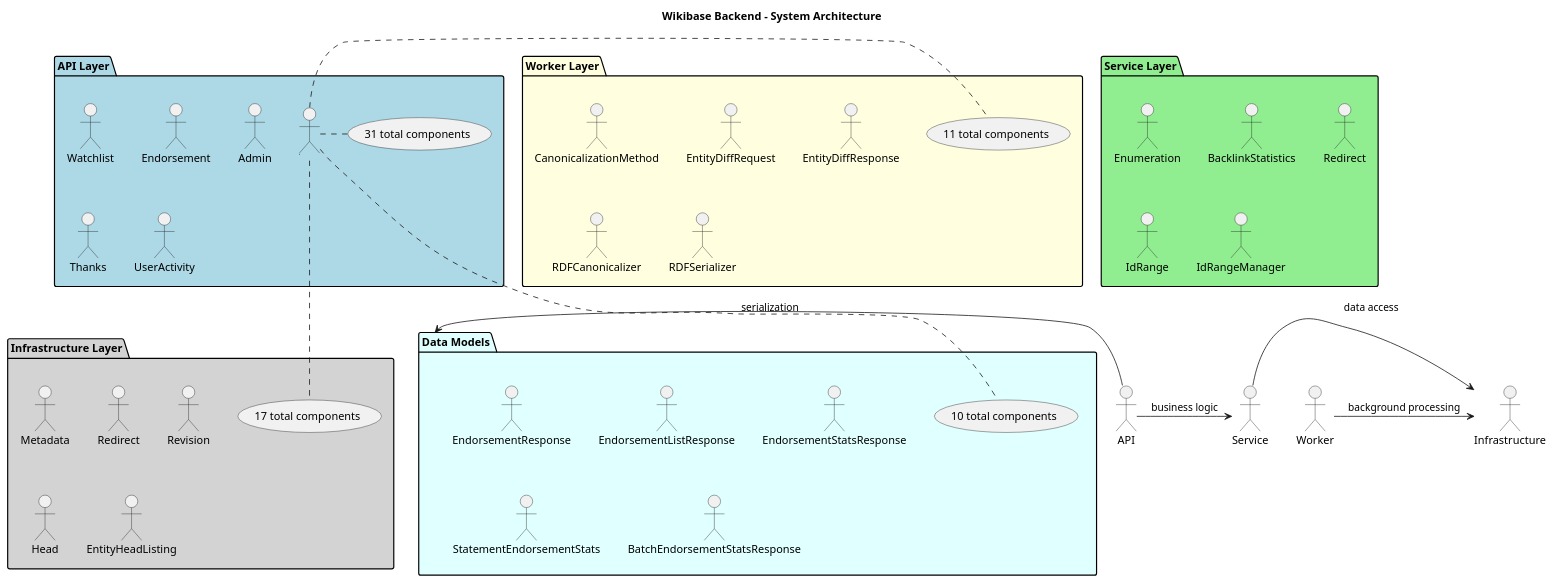
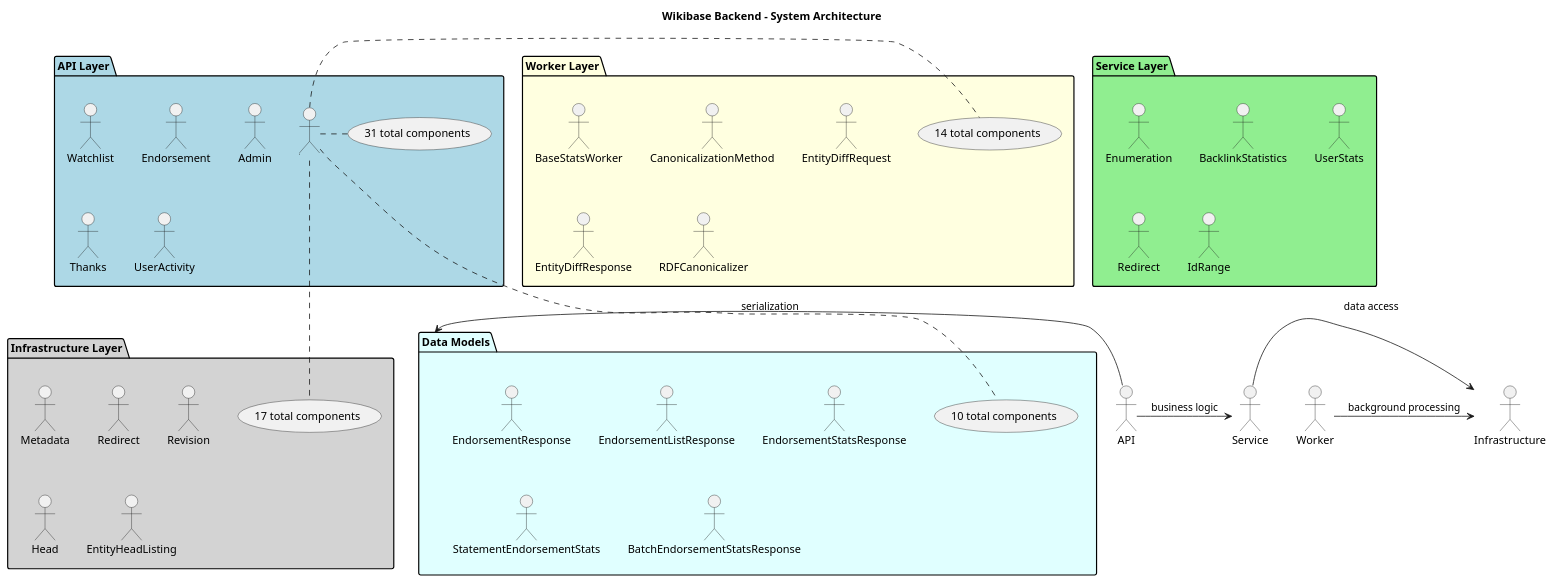
The diagram in doc/DIAGRAMS/system_architecture.puml (dpriskorn/entitybase-backend), drawn with PlantUML before and after one commit. The commit also changed 22 other files, not shown here.

```diff
--- a/doc/DIAGRAMS/system_architecture.puml
+++ b/doc/DIAGRAMS/system_architecture.puml
@@ -1,56 +1,56 @@
 @startuml System Architecture
 
 title Wikibase Backend - System Architecture
 
 package "API Layer" as APILayer #LightBlue {
     "Watchlist" as WatchlistHandler
     "Endorsement" as EndorsementHandler
     "Admin" as AdminHandler
     "Thanks" as ThanksHandler
     "UserActivity" as UserActivityHandler
     ... (31 total components)
 }
 
 package "Service Layer" as ServiceLayer #LightGreen {
     "Enumeration" as EnumerationService
     "BacklinkStatistics" as BacklinkStatisticsService
+    "UserStats" as UserStatsService
     "Redirect" as RedirectService
     "IdRange" as IdRange
-    "IdRangeManager" as IdRangeManager
 }
 
 package "Worker Layer" as WorkerLayer #LightYellow {
+    "BaseStatsWorker" as BaseStatsWorker
     "CanonicalizationMethod" as CanonicalizationMethod
     "EntityDiffRequest" as EntityDiffRequest
     "EntityDiffResponse" as EntityDiffResponse
     "RDFCanonicalizer" as RDFCanonicalizer
-    "RDFSerializer" as RDFSerializer
-    ... (11 total components)
+    ... (14 total components)
 }
 
 package "Infrastructure Layer" as InfrastructureLayer #LightGray {
     "Metadata" as MetadataRepository
     "Redirect" as RedirectRepository
     "Revision" as RevisionRepository
     "Head" as HeadRepository
     "EntityHeadListing" as EntityHeadListing
     ... (17 total components)
 }
 
 package "Data Models" as DataModels #LightCyan {
     "EndorsementResponse" as EndorsementResponse
     "EndorsementListResponse" as EndorsementListResponse
     "EndorsementStatsResponse" as EndorsementStatsResponse
     "StatementEndorsementStats" as StatementEndorsementStats
     "BatchEndorsementStatsResponse" as BatchEndorsementStatsResponse
     ... (10 total components)
 }
 
 
 ' Relationships
 API -> Service : business logic
 Service -> Infrastructure : data access
 Worker -> Infrastructure : background processing
 API -> DataModels : serialization
 
 @enduml
```
